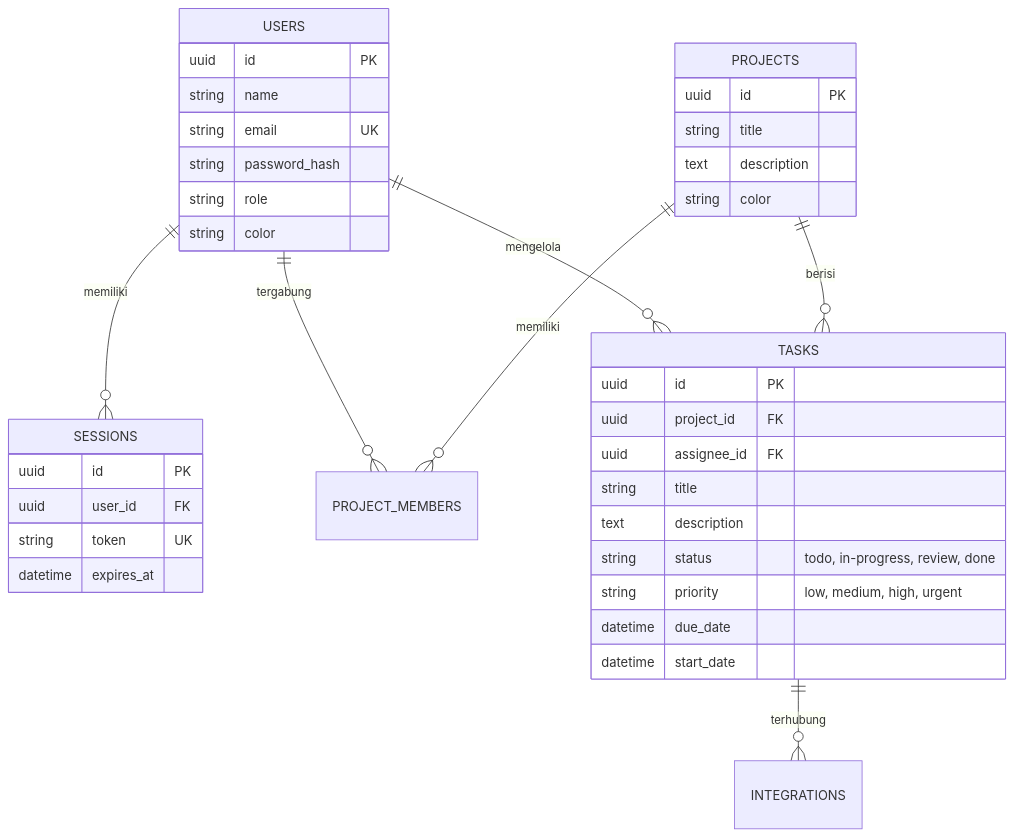
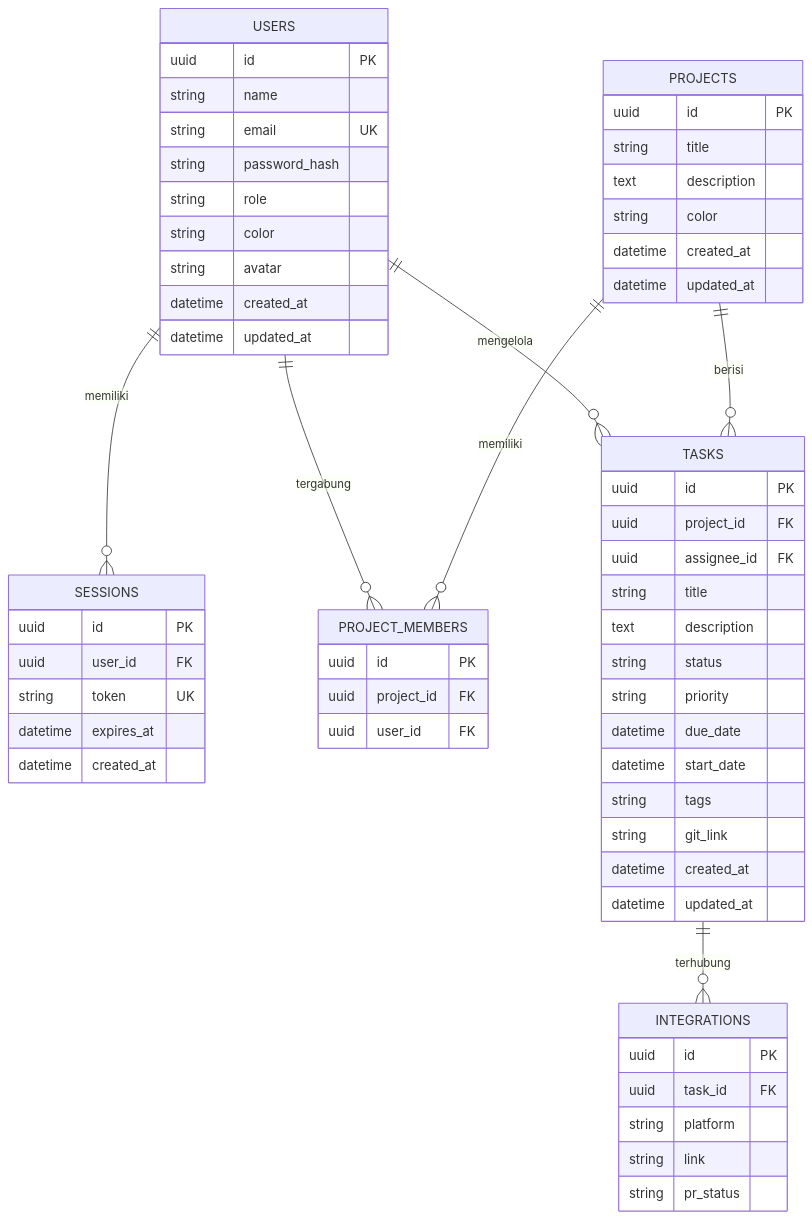
One commit to Tahatra21/pm changed the diagram in README.md. Above: the diagram before and after it, drawn with Mermaid. The commit also changed 1 other file, not shown here.

Commit message:
docs: expand Mermaid erDiagram with full schema details

````diff
--- a/README.md
+++ b/README.md
@@ -56,44 +56,68 @@
 ```mermaid
 erDiagram
     USERS ||--o{ SESSIONS : "memiliki"
     USERS ||--o{ PROJECT_MEMBERS : "tergabung"
     USERS ||--o{ TASKS : "mengelola"
     PROJECTS ||--o{ PROJECT_MEMBERS : "memiliki"
     PROJECTS ||--o{ TASKS : "berisi"
     TASKS ||--o{ INTEGRATIONS : "terhubung"
 
     USERS {
         uuid id PK
         string name
         string email UK
         string password_hash
         string role
         string color
+        string avatar
+        datetime created_at
+        datetime updated_at
     }
     
     PROJECTS {
         uuid id PK
         string title
         text description
         string color
+        datetime created_at
+        datetime updated_at
+    }
+
+    PROJECT_MEMBERS {
+        uuid id PK
+        uuid project_id FK
+        uuid user_id FK
     }
     
     TASKS {
         uuid id PK
         uuid project_id FK
         uuid assignee_id FK
         string title
         text description
-        string status "todo, in-progress, review, done"
-        string priority "low, medium, high, urgent"
+        string status
+        string priority
         datetime due_date
         datetime start_date
+        string tags
+        string git_link
+        datetime created_at
+        datetime updated_at
     }
     
     SESSIONS {
         uuid id PK
         uuid user_id FK
         string token UK
         datetime expires_at
+        datetime created_at
+    }
+
+    INTEGRATIONS {
+        uuid id PK
+        uuid task_id FK
+        string platform
+        string link
+        string pr_status
     }
 ```
````
